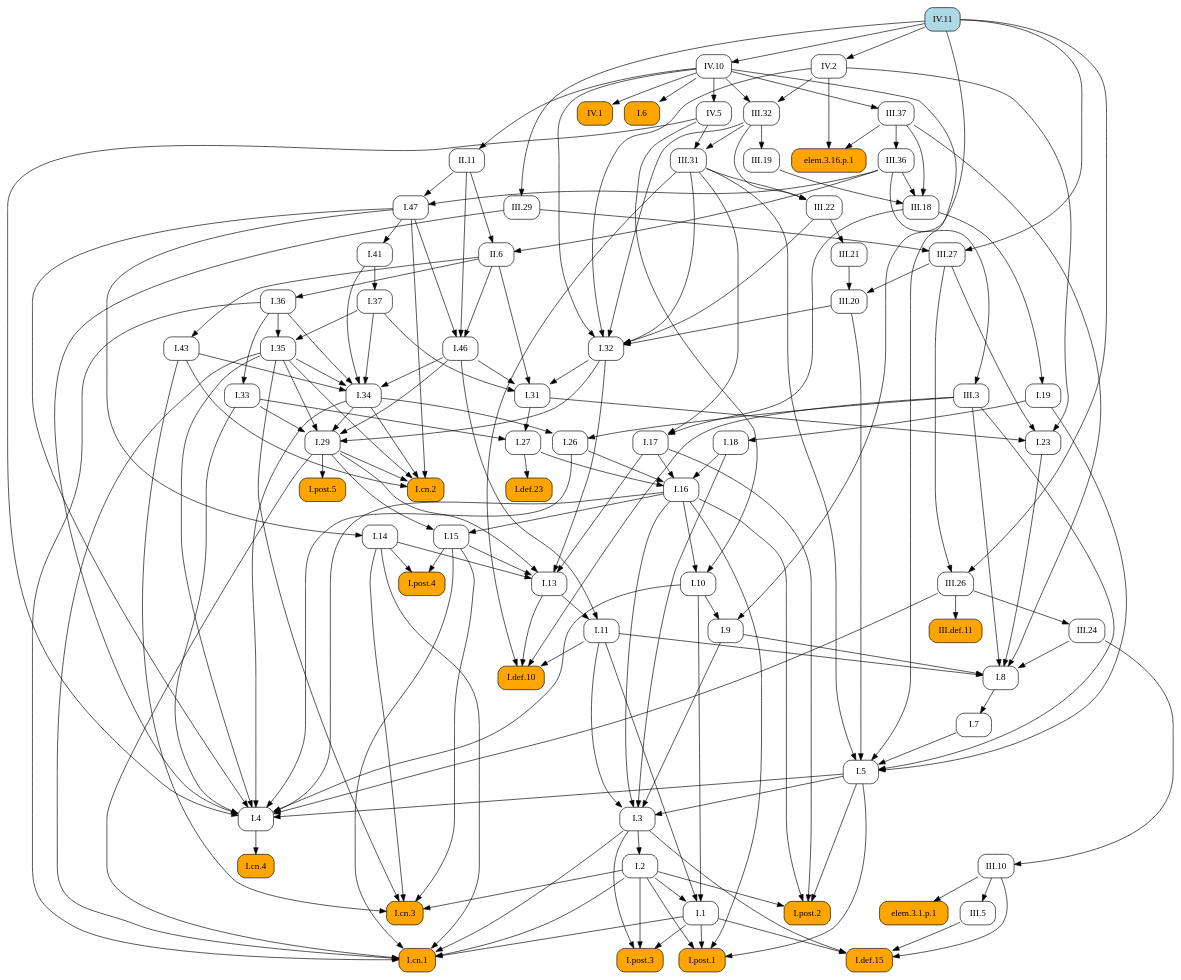
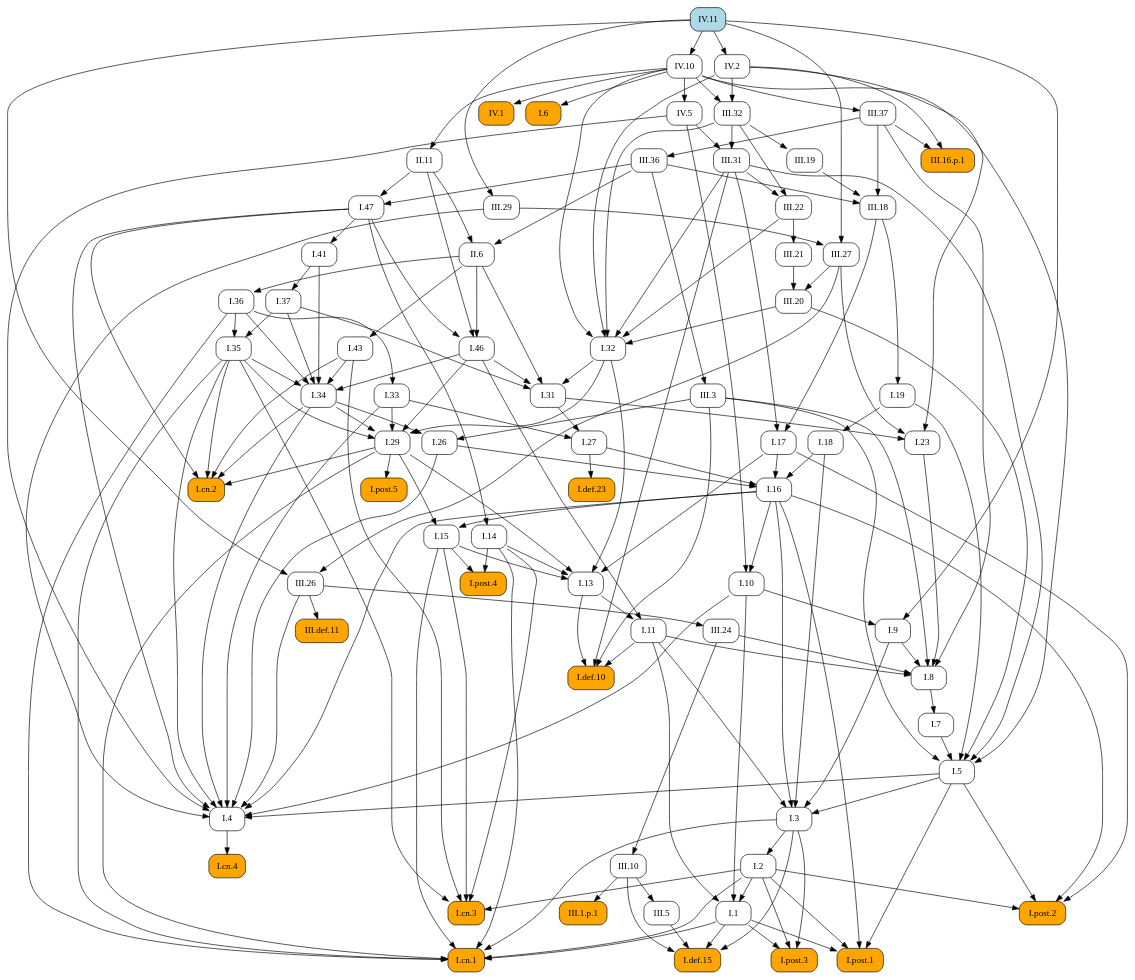
One commit to geometor/elements changed the diagram in docsrc/heath/IV/11/index.rst. Above: the diagram before and after it, drawn with Graphviz. The commit also changed 484 other files, not shown here.

```diff
--- a/docsrc/heath/IV/11/index.rst
+++ b/docsrc/heath/IV/11/index.rst
@@ -79,206 +79,135 @@
    digraph {
      rankdir="TB";
      node [shape=box, style=rounded];
+     "I.23" [URL="/heath/I/23/", target="_top"];
+     "I.9" [URL="/heath/I/9/", target="_top"];
+     "III.16.p.1" [style="rounded,filled", fillcolor=orange];
+     "III.24" [URL="/heath/III/24/", target="_top"];
+     "IV.1" [style="rounded,filled", fillcolor=orange, URL="/heath/IV/1/", target="_top"];
+     "I.def.15" [style="rounded,filled", fillcolor=orange, URL="/heath/I/def.15/", target="_top"];
+     "I.post.1" [style="rounded,filled", fillcolor=orange, URL="/heath/I/post.1/", target="_top"];
+     "I.19" [URL="/heath/I/19/", target="_top"];
+     "III.20" [URL="/heath/III/20/", target="_top"];
+     "I.43" [URL="/heath/I/43/", target="_top"];
+     "III.19" [URL="/heath/III/19/", target="_top"];
+     "I.31" [URL="/heath/I/31/", target="_top"];
+     "III.22" [URL="/heath/III/22/", target="_top"];
      "I.def.10" [style="rounded,filled", fillcolor=orange, URL="/heath/I/def.10/", target="_top"];
+     "I.14" [URL="/heath/I/14/", target="_top"];
+     "I.34" [URL="/heath/I/34/", target="_top"];
+     "I.3" [URL="/heath/I/3/", target="_top"];
+     "III.18" [URL="/heath/III/18/", target="_top"];
+     "III.37" [URL="/heath/III/37/", target="_top"];
+     "III.32" [URL="/heath/III/32/", target="_top"];
+     "I.2" [URL="/heath/I/2/", target="_top"];
+     "I.13" [URL="/heath/I/13/", target="_top"];
+     "I.post.4" [style="rounded,filled", fillcolor=orange, URL="/heath/I/post.4/", target="_top"];
+     "I.4" [URL="/heath/I/4/", target="_top"];
+     "III.29" [URL="/heath/III/29/", target="_top"];
+     "I.1" [URL="/heath/I/1/", target="_top"];
+     "I.8" [URL="/heath/I/8/", target="_top"];
+     "I.17" [URL="/heath/I/17/", target="_top"];
+     "III.3" [URL="/heath/III/3/", target="_top"];
+     "I.29" [URL="/heath/I/29/", target="_top"];
+     "I.15" [URL="/heath/I/15/", target="_top"];
+     "IV.11" [style="rounded,filled", fillcolor=lightblue, URL="/heath/IV/11/", target="_top"];
+     "I.10" [URL="/heath/I/10/", target="_top"];
+     "II.11" [URL="/heath/II/11/", target="_top"];
      "I.11" [URL="/heath/I/11/", target="_top"];
-     "I.post.4" [style="rounded,filled", fillcolor=orange, URL="/heath/I/post.4/", target="_top"];
-     "I.1" [URL="/heath/I/1/", target="_top"];
-     "III.20" [URL="/heath/III/20/", target="_top"];
-     "III.31" [URL="/heath/III/31/", target="_top"];
+     "I.def.23" [style="rounded,filled", fillcolor=orange, URL="/heath/I/def.23/", target="_top"];
+     "I.46" [URL="/heath/I/46/", target="_top"];
+     "I.26" [URL="/heath/I/26/", target="_top"];
+     "I.33" [URL="/heath/I/33/", target="_top"];
+     "I.32" [URL="/heath/I/32/", target="_top"];
      "I.47" [URL="/heath/I/47/", target="_top"];
+     "II.6" [URL="/heath/II/6/", target="_top"];
      "III.def.11" [style="rounded,filled", fillcolor=orange, URL="/heath/III/def.11/", target="_top"];
      "I.post.3" [style="rounded,filled", fillcolor=orange, URL="/heath/I/post.3/", target="_top"];
+     "III.10" [URL="/heath/III/10/", target="_top"];
+     "I.18" [URL="/heath/I/18/", target="_top"];
+     "I.27" [URL="/heath/I/27/", target="_top"];
+     "III.5" [URL="/heath/III/5/", target="_top"];
+     "I.35" [URL="/heath/I/35/", target="_top"];
+     "I.cn.1" [style="rounded,filled", fillcolor=orange, URL="/heath/I/cn.1/", target="_top"];
+     "I.7" [URL="/heath/I/7/", target="_top"];
+     "III.26" [URL="/heath/III/26/", target="_top"];
+     "III.27" [URL="/heath/III/27/", target="_top"];
+     "III.36" [URL="/heath/III/36/", target="_top"];
+     "I.36" [URL="/heath/I/36/", target="_top"];
+     "IV.10" [URL="/heath/IV/10/", target="_top"];
+     "I.5" [URL="/heath/I/5/", target="_top"];
+     "I.37" [URL="/heath/I/37/", target="_top"];
      "I.cn.3" [style="rounded,filled", fillcolor=orange, URL="/heath/I/cn.3/", target="_top"];
-     "III.36" [URL="/heath/III/36/", target="_top"];
-     "I.14" [URL="/heath/I/14/", target="_top"];
-     "elem.3.16.p.1" [style="rounded,filled", fillcolor=orange];
-     "III.29" [URL="/heath/III/29/", target="_top"];
+     "I.16" [URL="/heath/I/16/", target="_top"];
+     "III.31" [URL="/heath/III/31/", target="_top"];
+     "III.1.p.1" [style="rounded,filled", fillcolor=orange];
+     "I.cn.2" [style="rounded,filled", fillcolor=orange, URL="/heath/I/cn.2/", target="_top"];
+     "IV.2" [URL="/heath/IV/2/", target="_top"];
+     "I.post.5" [style="rounded,filled", fillcolor=orange, URL="/heath/I/post.5/", target="_top"];
+     "I.cn.4" [style="rounded,filled", fillcolor=orange, URL="/heath/I/cn.4/", target="_top"];
+     "IV.5" [URL="/heath/IV/5/", target="_top"];
+     "I.post.2" [style="rounded,filled", fillcolor=orange, URL="/heath/I/post.2/", target="_top"];
      "I.41" [URL="/heath/I/41/", target="_top"];
-     "I.27" [URL="/heath/I/27/", target="_top"];
-     "I.36" [URL="/heath/I/36/", target="_top"];
-     "I.37" [URL="/heath/I/37/", target="_top"];
-     "I.34" [URL="/heath/I/34/", target="_top"];
-     "I.2" [URL="/heath/I/2/", target="_top"];
-     "I.def.23" [style="rounded,filled", fillcolor=orange, URL="/heath/I/def.23/", target="_top"];
-     "IV.1" [style="rounded,filled", fillcolor=orange, URL="/heath/IV/1/", target="_top"];
-     "I.17" [URL="/heath/I/17/", target="_top"];
-     "I.33" [URL="/heath/I/33/", target="_top"];
-     "I.post.2" [style="rounded,filled", fillcolor=orange, URL="/heath/I/post.2/", target="_top"];
-     "II.11" [URL="/heath/II/11/", target="_top"];
-     "I.9" [URL="/heath/I/9/", target="_top"];
-     "III.3" [URL="/heath/III/3/", target="_top"];
-     "I.32" [URL="/heath/I/32/", target="_top"];
-     "III.37" [URL="/heath/III/37/", target="_top"];
-     "I.cn.4" [style="rounded,filled", fillcolor=orange, URL="/heath/I/cn.4/", target="_top"];
-     "I.15" [URL="/heath/I/15/", target="_top"];
-     "III.22" [URL="/heath/III/22/", target="_top"];
-     "IV.11" [style="rounded,filled", fillcolor=lightblue, URL="/heath/IV/11/", target="_top"];
-     "I.5" [URL="/heath/I/5/", target="_top"];
-     "III.5" [URL="/heath/III/5/", target="_top"];
-     "I.26" [URL="/heath/I/26/", target="_top"];
-     "III.32" [URL="/heath/III/32/", target="_top"];
-     "III.26" [URL="/heath/III/26/", target="_top"];
-     "IV.2" [URL="/heath/IV/2/", target="_top"];
-     "I.29" [URL="/heath/I/29/", target="_top"];
-     "elem.3.1.p.1" [style="rounded,filled", fillcolor=orange];
-     "III.19" [URL="/heath/III/19/", target="_top"];
-     "I.cn.2" [style="rounded,filled", fillcolor=orange, URL="/heath/I/cn.2/", target="_top"];
-     "I.18" [URL="/heath/I/18/", target="_top"];
-     "I.def.15" [style="rounded,filled", fillcolor=orange, URL="/heath/I/def.15/", target="_top"];
-     "I.cn.1" [style="rounded,filled", fillcolor=orange, URL="/heath/I/cn.1/", target="_top"];
-     "I.23" [URL="/heath/I/23/", target="_top"];
-     "IV.10" [URL="/heath/IV/10/", target="_top"];
-     "I.43" [URL="/heath/I/43/", target="_top"];
-     "I.post.1" [style="rounded,filled", fillcolor=orange, URL="/heath/I/post.1/", target="_top"];
-     "III.24" [URL="/heath/III/24/", target="_top"];
-     "I.35" [URL="/heath/I/35/", target="_top"];
-     "I.46" [URL="/heath/I/46/", target="_top"];
-     "I.7" [URL="/heath/I/7/", target="_top"];
+     "III.21" [URL="/heath/III/21/", target="_top"];
      "I.6" [style="rounded,filled", fillcolor=orange, URL="/heath/I/6/", target="_top"];
-     "I.3" [URL="/heath/I/3/", target="_top"];
-     "I.4" [URL="/heath/I/4/", target="_top"];
-     "II.6" [URL="/heath/II/6/", target="_top"];
-     "I.13" [URL="/heath/I/13/", target="_top"];
-     "I.31" [URL="/heath/I/31/", target="_top"];
-     "I.16" [URL="/heath/I/16/", target="_top"];
-     "III.10" [URL="/heath/III/10/", target="_top"];
-     "IV.5" [URL="/heath/IV/5/", target="_top"];
-     "I.19" [URL="/heath/I/19/", target="_top"];
-     "III.27" [URL="/heath/III/27/", target="_top"];
-     "I.8" [URL="/heath/I/8/", target="_top"];
-     "III.21" [URL="/heath/III/21/", target="_top"];
-     "I.post.5" [style="rounded,filled", fillcolor=orange, URL="/heath/I/post.5/", target="_top"];
-     "I.10" [URL="/heath/I/10/", target="_top"];
-     "III.18" [URL="/heath/III/18/", target="_top"];
+     "I.31" -> "I.23";
+     "III.27" -> "I.23";
+     "IV.2" -> "I.23";
+     "I.10" -> "I.9";
+     "IV.11" -> "I.9";
+     "III.37" -> "III.16.p.1";
+     "IV.2" -> "III.16.p.1";
+     "III.26" -> "III.24";
+     "IV.10" -> "IV.1";
+     "I.1" -> "I.def.15";
+     "I.3" -> "I.def.15";
+     "III.5" -> "I.def.15";
+     "III.10" -> "I.def.15";
+     "I.1" -> "I.post.1";
+     "I.2" -> "I.post.1";
+     "I.5" -> "I.post.1";
+     "I.16" -> "I.post.1";
+     "III.18" -> "I.19";
+     "III.21" -> "III.20";
+     "III.27" -> "III.20";
+     "II.6" -> "I.43";
+     "III.32" -> "III.19";
+     "I.32" -> "I.31";
+     "I.37" -> "I.31";
+     "I.46" -> "I.31";
+     "II.6" -> "I.31";
+     "III.31" -> "III.22";
+     "III.32" -> "III.22";
      "I.11" -> "I.def.10";
      "I.13" -> "I.def.10";
      "III.3" -> "I.def.10";
      "III.31" -> "I.def.10";
-     "I.13" -> "I.11";
-     "I.46" -> "I.11";
-     "I.14" -> "I.post.4";
-     "I.15" -> "I.post.4";
-     "I.2" -> "I.1";
-     "I.10" -> "I.1";
-     "I.11" -> "I.1";
-     "III.21" -> "III.20";
-     "III.27" -> "III.20";
-     "III.32" -> "III.31";
-     "IV.5" -> "III.31";
-     "II.11" -> "I.47";
-     "III.36" -> "I.47";
-     "III.26" -> "III.def.11";
-     "I.1" -> "I.post.3";
-     "I.2" -> "I.post.3";
-     "I.3" -> "I.post.3";
-     "I.2" -> "I.cn.3";
-     "I.14" -> "I.cn.3";
-     "I.15" -> "I.cn.3";
-     "I.35" -> "I.cn.3";
-     "I.43" -> "I.cn.3";
-     "III.37" -> "III.36";
      "I.47" -> "I.14";
-     "III.37" -> "elem.3.16.p.1";
-     "IV.2" -> "elem.3.16.p.1";
-     "IV.11" -> "III.29";
-     "I.47" -> "I.41";
-     "I.31" -> "I.27";
-     "I.33" -> "I.27";
-     "II.6" -> "I.36";
-     "I.41" -> "I.37";
      "I.35" -> "I.34";
      "I.36" -> "I.34";
      "I.37" -> "I.34";
      "I.41" -> "I.34";
      "I.43" -> "I.34";
      "I.46" -> "I.34";
-     "I.3" -> "I.2";
-     "I.27" -> "I.def.23";
-     "IV.10" -> "IV.1";
-     "III.18" -> "I.17";
-     "III.31" -> "I.17";
-     "I.36" -> "I.33";
-     "I.2" -> "I.post.2";
-     "I.5" -> "I.post.2";
-     "I.16" -> "I.post.2";
-     "I.17" -> "I.post.2";
-     "IV.10" -> "II.11";
-     "I.10" -> "I.9";
-     "IV.11" -> "I.9";
-     "III.36" -> "III.3";
-     "III.20" -> "I.32";
-     "III.22" -> "I.32";
-     "III.31" -> "I.32";
-     "III.32" -> "I.32";
-     "IV.2" -> "I.32";
-     "IV.10" -> "I.32";
-     "IV.10" -> "III.37";
-     "I.4" -> "I.cn.4";
-     "I.16" -> "I.15";
-     "I.29" -> "I.15";
-     "III.31" -> "III.22";
-     "III.32" -> "III.22";
-     "I.7" -> "I.5";
-     "I.19" -> "I.5";
-     "III.3" -> "I.5";
-     "III.20" -> "I.5";
-     "III.31" -> "I.5";
-     "IV.10" -> "I.5";
-     "III.10" -> "III.5";
-     "I.34" -> "I.26";
-     "III.3" -> "I.26";
-     "IV.2" -> "III.32";
-     "IV.10" -> "III.32";
-     "III.27" -> "III.26";
-     "IV.11" -> "III.26";
-     "IV.11" -> "IV.2";
-     "I.32" -> "I.29";
-     "I.33" -> "I.29";
-     "I.34" -> "I.29";
-     "I.35" -> "I.29";
-     "I.46" -> "I.29";
-     "III.10" -> "elem.3.1.p.1";
-     "III.32" -> "III.19";
-     "I.29" -> "I.cn.2";
-     "I.34" -> "I.cn.2";
-     "I.35" -> "I.cn.2";
-     "I.43" -> "I.cn.2";
-     "I.47" -> "I.cn.2";
-     "I.19" -> "I.18";
-     "I.1" -> "I.def.15";
-     "I.3" -> "I.def.15";
-     "III.5" -> "I.def.15";
-     "III.10" -> "I.def.15";
-     "I.1" -> "I.cn.1";
-     "I.2" -> "I.cn.1";
-     "I.3" -> "I.cn.1";
-     "I.14" -> "I.cn.1";
-     "I.15" -> "I.cn.1";
-     "I.29" -> "I.cn.1";
-     "I.35" -> "I.cn.1";
-     "I.36" -> "I.cn.1";
-     "I.31" -> "I.23";
-     "III.27" -> "I.23";
-     "IV.2" -> "I.23";
-     "IV.11" -> "IV.10";
-     "II.6" -> "I.43";
-     "I.1" -> "I.post.1";
-     "I.2" -> "I.post.1";
-     "I.5" -> "I.post.1";
-     "I.16" -> "I.post.1";
-     "III.26" -> "III.24";
-     "I.36" -> "I.35";
-     "I.37" -> "I.35";
-     "I.47" -> "I.46";
-     "II.6" -> "I.46";
-     "II.11" -> "I.46";
-     "I.8" -> "I.7";
-     "IV.10" -> "I.6";
      "I.5" -> "I.3";
      "I.9" -> "I.3";
      "I.11" -> "I.3";
      "I.16" -> "I.3";
      "I.18" -> "I.3";
+     "III.19" -> "III.18";
+     "III.36" -> "III.18";
+     "III.37" -> "III.18";
+     "IV.10" -> "III.37";
+     "IV.2" -> "III.32";
+     "IV.10" -> "III.32";
+     "I.3" -> "I.2";
+     "I.14" -> "I.13";
+     "I.15" -> "I.13";
+     "I.17" -> "I.13";
+     "I.29" -> "I.13";
+     "I.32" -> "I.13";
+     "I.14" -> "I.post.4";
+     "I.15" -> "I.post.4";
      "I.5" -> "I.4";
      "I.10" -> "I.4";
      "I.16" -> "I.4";
@@ -290,37 +219,108 @@
      "III.26" -> "I.4";
      "III.29" -> "I.4";
      "IV.5" -> "I.4";
-     "II.11" -> "II.6";
-     "III.36" -> "II.6";
-     "I.14" -> "I.13";
-     "I.15" -> "I.13";
-     "I.17" -> "I.13";
-     "I.29" -> "I.13";
-     "I.32" -> "I.13";
-     "I.32" -> "I.31";
-     "I.37" -> "I.31";
-     "I.46" -> "I.31";
-     "II.6" -> "I.31";
-     "I.17" -> "I.16";
-     "I.18" -> "I.16";
-     "I.26" -> "I.16";
-     "I.27" -> "I.16";
-     "III.24" -> "III.10";
-     "IV.10" -> "IV.5";
-     "III.18" -> "I.19";
-     "III.29" -> "III.27";
-     "IV.11" -> "III.27";
+     "IV.11" -> "III.29";
+     "I.2" -> "I.1";
+     "I.10" -> "I.1";
+     "I.11" -> "I.1";
      "I.9" -> "I.8";
      "I.11" -> "I.8";
      "I.23" -> "I.8";
      "III.3" -> "I.8";
      "III.24" -> "I.8";
      "III.37" -> "I.8";
-     "III.22" -> "III.21";
-     "I.29" -> "I.post.5";
+     "III.18" -> "I.17";
+     "III.31" -> "I.17";
+     "III.36" -> "III.3";
+     "I.32" -> "I.29";
+     "I.33" -> "I.29";
+     "I.34" -> "I.29";
+     "I.35" -> "I.29";
+     "I.46" -> "I.29";
+     "I.16" -> "I.15";
+     "I.29" -> "I.15";
      "I.16" -> "I.10";
      "IV.5" -> "I.10";
-     "III.19" -> "III.18";
-     "III.36" -> "III.18";
-     "III.37" -> "III.18";
+     "IV.10" -> "II.11";
+     "I.13" -> "I.11";
+     "I.46" -> "I.11";
+     "I.27" -> "I.def.23";
+     "I.47" -> "I.46";
+     "II.6" -> "I.46";
+     "II.11" -> "I.46";
+     "I.34" -> "I.26";
+     "III.3" -> "I.26";
+     "I.36" -> "I.33";
+     "III.20" -> "I.32";
+     "III.22" -> "I.32";
+     "III.31" -> "I.32";
+     "III.32" -> "I.32";
+     "IV.2" -> "I.32";
+     "IV.10" -> "I.32";
+     "II.11" -> "I.47";
+     "III.36" -> "I.47";
+     "II.11" -> "II.6";
+     "III.36" -> "II.6";
+     "III.26" -> "III.def.11";
+     "I.1" -> "I.post.3";
+     "I.2" -> "I.post.3";
+     "I.3" -> "I.post.3";
+     "III.24" -> "III.10";
+     "I.19" -> "I.18";
+     "I.31" -> "I.27";
+     "I.33" -> "I.27";
+     "III.10" -> "III.5";
+     "I.36" -> "I.35";
+     "I.37" -> "I.35";
+     "I.1" -> "I.cn.1";
+     "I.2" -> "I.cn.1";
+     "I.3" -> "I.cn.1";
+     "I.14" -> "I.cn.1";
+     "I.15" -> "I.cn.1";
+     "I.29" -> "I.cn.1";
+     "I.35" -> "I.cn.1";
+     "I.36" -> "I.cn.1";
+     "I.8" -> "I.7";
+     "III.27" -> "III.26";
+     "IV.11" -> "III.26";
+     "III.29" -> "III.27";
+     "IV.11" -> "III.27";
+     "III.37" -> "III.36";
+     "II.6" -> "I.36";
+     "IV.11" -> "IV.10";
+     "I.7" -> "I.5";
+     "I.19" -> "I.5";
+     "III.3" -> "I.5";
+     "III.20" -> "I.5";
+     "III.31" -> "I.5";
+     "IV.10" -> "I.5";
+     "I.41" -> "I.37";
+     "I.2" -> "I.cn.3";
+     "I.14" -> "I.cn.3";
+     "I.15" -> "I.cn.3";
+     "I.35" -> "I.cn.3";
+     "I.43" -> "I.cn.3";
+     "I.17" -> "I.16";
+     "I.18" -> "I.16";
+     "I.26" -> "I.16";
+     "I.27" -> "I.16";
+     "III.32" -> "III.31";
+     "IV.5" -> "III.31";
+     "III.10" -> "III.1.p.1";
+     "I.29" -> "I.cn.2";
+     "I.34" -> "I.cn.2";
+     "I.35" -> "I.cn.2";
+     "I.43" -> "I.cn.2";
+     "I.47" -> "I.cn.2";
+     "IV.11" -> "IV.2";
+     "I.29" -> "I.post.5";
+     "I.4" -> "I.cn.4";
+     "IV.10" -> "IV.5";
+     "I.2" -> "I.post.2";
+     "I.5" -> "I.post.2";
+     "I.16" -> "I.post.2";
+     "I.17" -> "I.post.2";
+     "I.47" -> "I.41";
+     "III.22" -> "III.21";
+     "IV.10" -> "I.6";
    }
```
